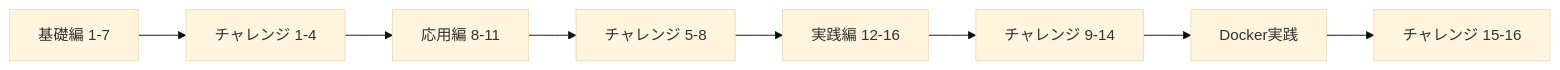
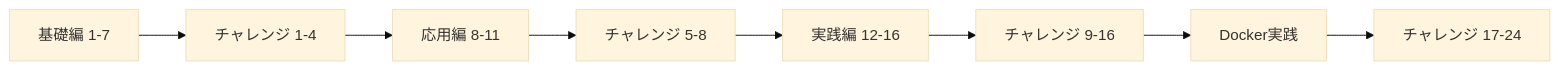
Before and after one commit to c3stream/go-async-practice: the diagram in README_ja.md, drawn with Mermaid (base theme). The commit also changed other lines of this file and 29 other files, not shown here.

````diff
--- a/README_ja.md
+++ b/README_ja.md
@@ -219,10 +268,10 @@
 ```mermaid
 graph LR
     A[基礎編 1-7] --> B[チャレンジ 1-4]
     B --> C[応用編 8-11]
     C --> D[チャレンジ 5-8]
     D --> E[実践編 12-16]
-    E --> F[チャレンジ 9-14]
+    E --> F[チャレンジ 9-16]
     F --> G[Docker実践]
-    G --> H[チャレンジ 15-16]
+    G --> H[チャレンジ 17-24]
 ```
````
